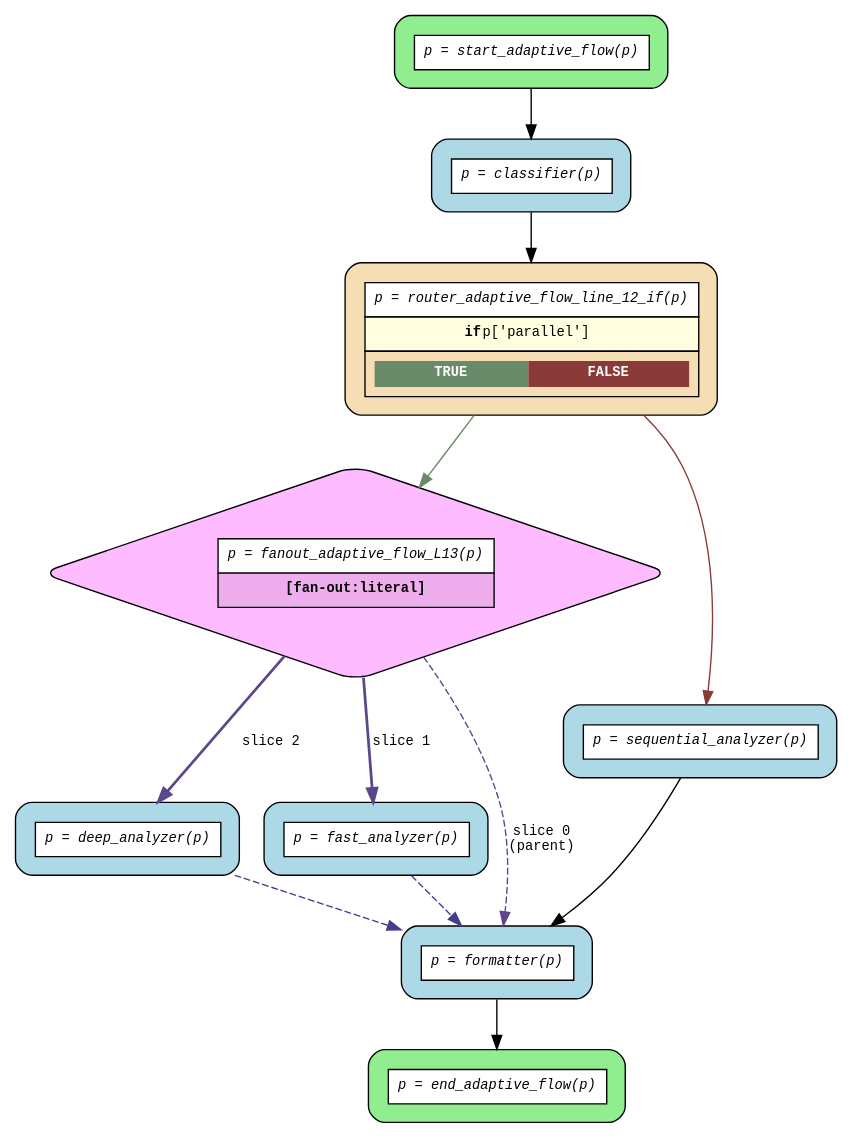
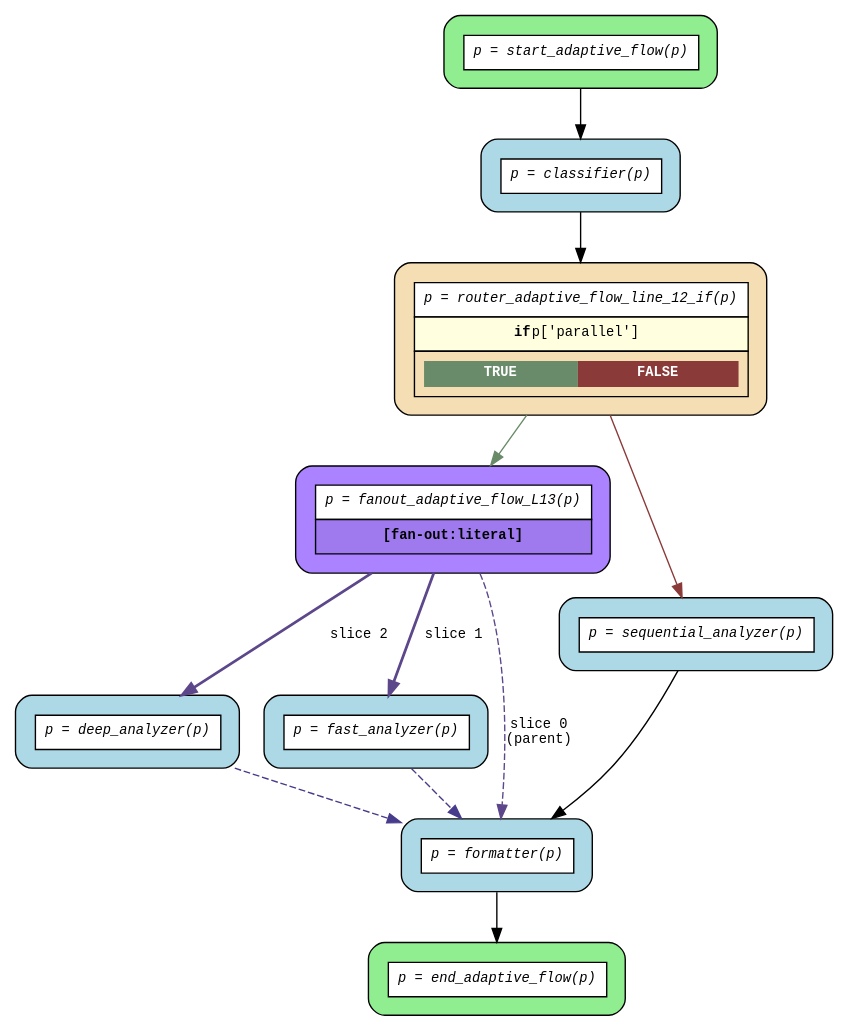
One commit to deliveryhero/asya changed the diagram in examples/flows/compiled/fanout_conditional/flow.dot. Above: the diagram before and after it, drawn with Graphviz. The commit also changed 13 other files, not shown here.

```diff
--- a/examples/flows/compiled/fanout_conditional/flow.dot
+++ b/examples/flows/compiled/fanout_conditional/flow.dot
@@ -1,28 +1,28 @@
 digraph flow {
   rankdir=TB;
   graph [fontname="Courier", fontsize=10];
   node [fontname="Courier", fontsize=10, shape=box, style="filled,rounded", margin="0.2"];
   edge [fontname="Courier", fontsize=10];
 
   start_adaptive_flow [fillcolor="lightgreen", label=<<table border="0" cellspacing="0" cellpadding="6" cellborder="1"><tr><td bgcolor="white" align="center"><i>p = start_adaptive_flow(p)</i></td></tr></table>>];
-  fanout_adaptive_flow_L13 [fillcolor="plum1", label=<<table border="0" cellspacing="0" cellpadding="6" cellborder="1"><tr><td bgcolor="white" align="center"><i>p = fanout_adaptive_flow_L13(p)</i></td></tr><tr><td bgcolor="plum2" align="center"><b>[fan-out:literal]</b></td></tr></table>>, shape=diamond];
+  fanout_adaptive_flow_L13 [fillcolor="mediumpurple1", label=<<table border="0" cellspacing="0" cellpadding="6" cellborder="1"><tr><td bgcolor="white" align="center"><i>p = fanout_adaptive_flow_L13(p)</i></td></tr><tr><td bgcolor="mediumpurple2" align="center"><b>[fan-out:literal]</b></td></tr></table>>];
   router_adaptive_flow_line_12_if [fillcolor="wheat", label=<<table border="0" cellspacing="0" cellpadding="6" cellborder="1"><tr><td bgcolor="white" align="center"><i>p = router_adaptive_flow_line_12_if(p)</i></td></tr><tr><td bgcolor="lightyellow"><b>if</b> p['parallel']</td></tr><tr><td><table border="0" cellspacing="0" cellpadding="4"><tr><td bgcolor="darkseagreen4"><font color="white"><b>TRUE</b></font></td><td bgcolor="indianred4"><font color="white"><b>FALSE</b></font></td></tr></table></td></tr></table>>];
   end_adaptive_flow [fillcolor="lightgreen", label=<<table border="0" cellspacing="0" cellpadding="6" cellborder="1"><tr><td bgcolor="white" align="center"><i>p = end_adaptive_flow(p)</i></td></tr></table>>];
   classifier [fillcolor="lightblue", label=<<table border="0" cellspacing="0" cellpadding="6" cellborder="1"><tr><td bgcolor="white" align="center"><i>p = classifier(p)</i></td></tr></table>>];
   deep_analyzer [fillcolor="lightblue", label=<<table border="0" cellspacing="0" cellpadding="6" cellborder="1"><tr><td bgcolor="white" align="center"><i>p = deep_analyzer(p)</i></td></tr></table>>];
   fast_analyzer [fillcolor="lightblue", label=<<table border="0" cellspacing="0" cellpadding="6" cellborder="1"><tr><td bgcolor="white" align="center"><i>p = fast_analyzer(p)</i></td></tr></table>>];
   formatter [fillcolor="lightblue", label=<<table border="0" cellspacing="0" cellpadding="6" cellborder="1"><tr><td bgcolor="white" align="center"><i>p = formatter(p)</i></td></tr></table>>];
   sequential_analyzer [fillcolor="lightblue", label=<<table border="0" cellspacing="0" cellpadding="6" cellborder="1"><tr><td bgcolor="white" align="center"><i>p = sequential_analyzer(p)</i></td></tr></table>>];
 
   classifier -> router_adaptive_flow_line_12_if;
   deep_analyzer -> formatter [color=slateblue4, style=dashed];
   fanout_adaptive_flow_L13 -> deep_analyzer [color=mediumpurple4, label="slice 2", style=bold];
   fanout_adaptive_flow_L13 -> fast_analyzer [color=mediumpurple4, label="slice 1", style=bold];
   fanout_adaptive_flow_L13 -> formatter [color=mediumpurple4, label="slice 0\n(parent)", style=dashed];
   fast_analyzer -> formatter [color=slateblue4, style=dashed];
   formatter -> end_adaptive_flow;
   router_adaptive_flow_line_12_if -> fanout_adaptive_flow_L13 [color=darkseagreen4];
   router_adaptive_flow_line_12_if -> sequential_analyzer [color=indianred4];
   sequential_analyzer -> formatter;
   start_adaptive_flow -> classifier;
 }
```
